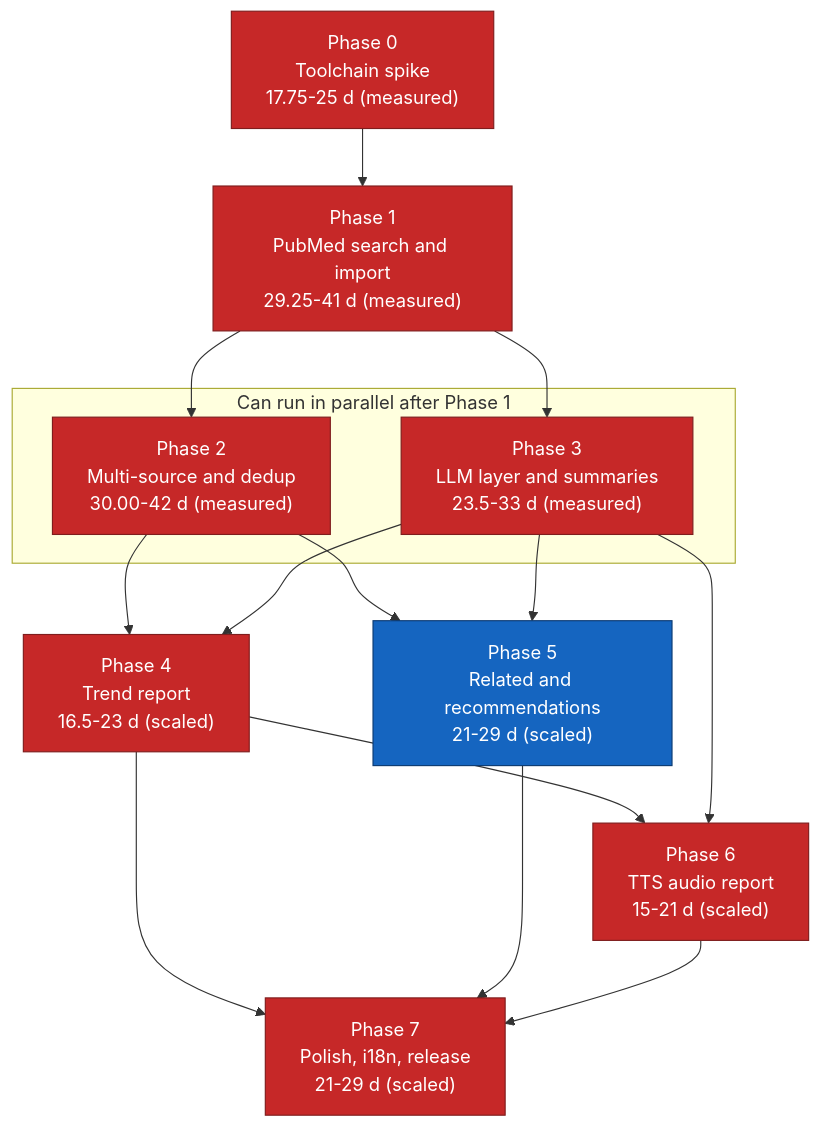
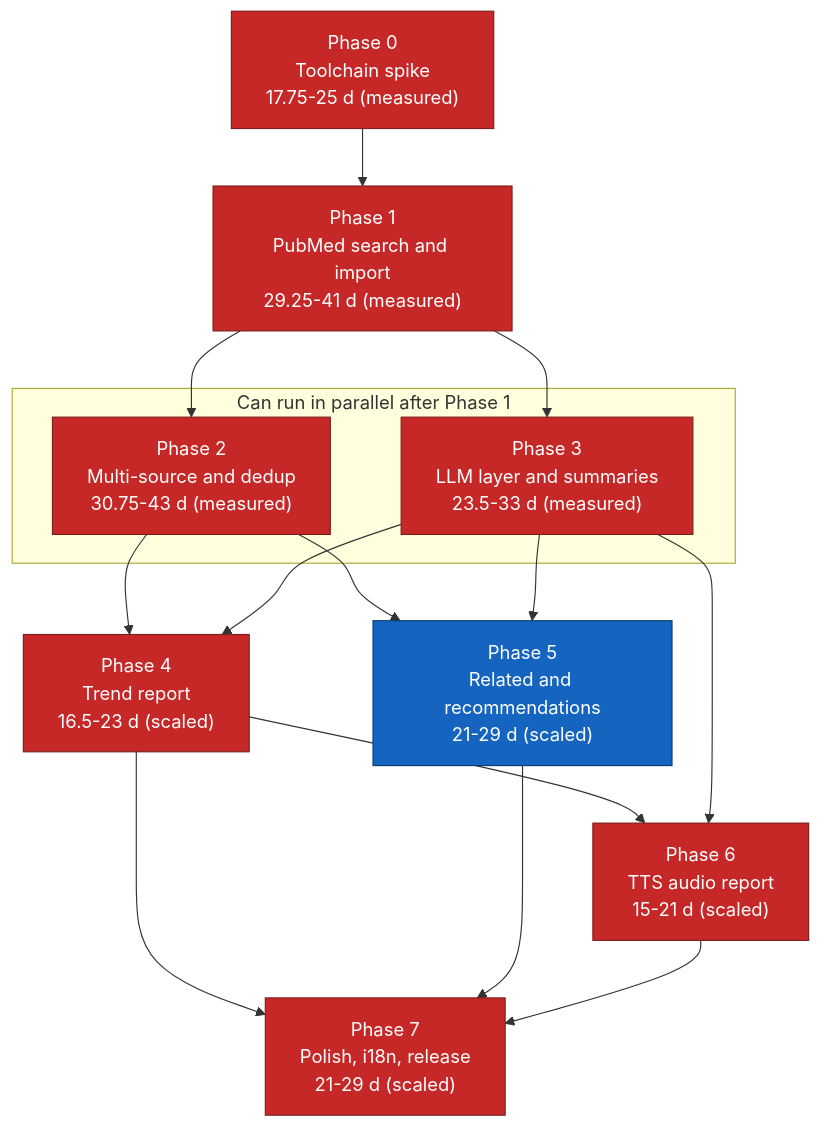
Before and after one commit to suppakoko/research_helper: the diagram in docs/11-implementation-roadmap.md, drawn with Mermaid. The commit also changed other lines of this file and 47 other files, not shown here.

````diff
--- a/docs/11-implementation-roadmap.md
+++ b/docs/11-implementation-roadmap.md
@@ -326,34 +326,34 @@
 ```mermaid
 graph TD
     P0["Phase 0<br/>Toolchain spike<br/>17.75-25 d (measured)"]
     P1["Phase 1<br/>PubMed search and import<br/>29.25-41 d (measured)"]
-    P2["Phase 2<br/>Multi-source and dedup<br/>30.00-42 d (measured)"]
+    P2["Phase 2<br/>Multi-source and dedup<br/>30.75-43 d (measured)"]
     P3["Phase 3<br/>LLM layer and summaries<br/>23.5-33 d (measured)"]
     P4["Phase 4<br/>Trend report<br/>16.5-23 d (scaled)"]
     P5["Phase 5<br/>Related and recommendations<br/>21-29 d (scaled)"]
     P6["Phase 6<br/>TTS audio report<br/>15-21 d (scaled)"]
     P7["Phase 7<br/>Polish, i18n, release<br/>21-29 d (scaled)"]
 
     P0 --> P1
     P1 --> P2
     P1 --> P3
     P2 --> P4
     P3 --> P4
     P2 --> P5
     P3 --> P5
     P4 --> P6
     P3 --> P6
     P4 --> P7
     P5 --> P7
     P6 --> P7
 
     subgraph parallel["Can run in parallel after Phase 1"]
         P2
         P3
     end
 
     classDef critical fill:#c62828,stroke:#7f1d1d,color:#ffffff
     classDef normal fill:#1565c0,stroke:#0d3c73,color:#ffffff
     class P0,P1,P2,P3,P4,P6,P7 critical
     class P5 normal
 ```
````
